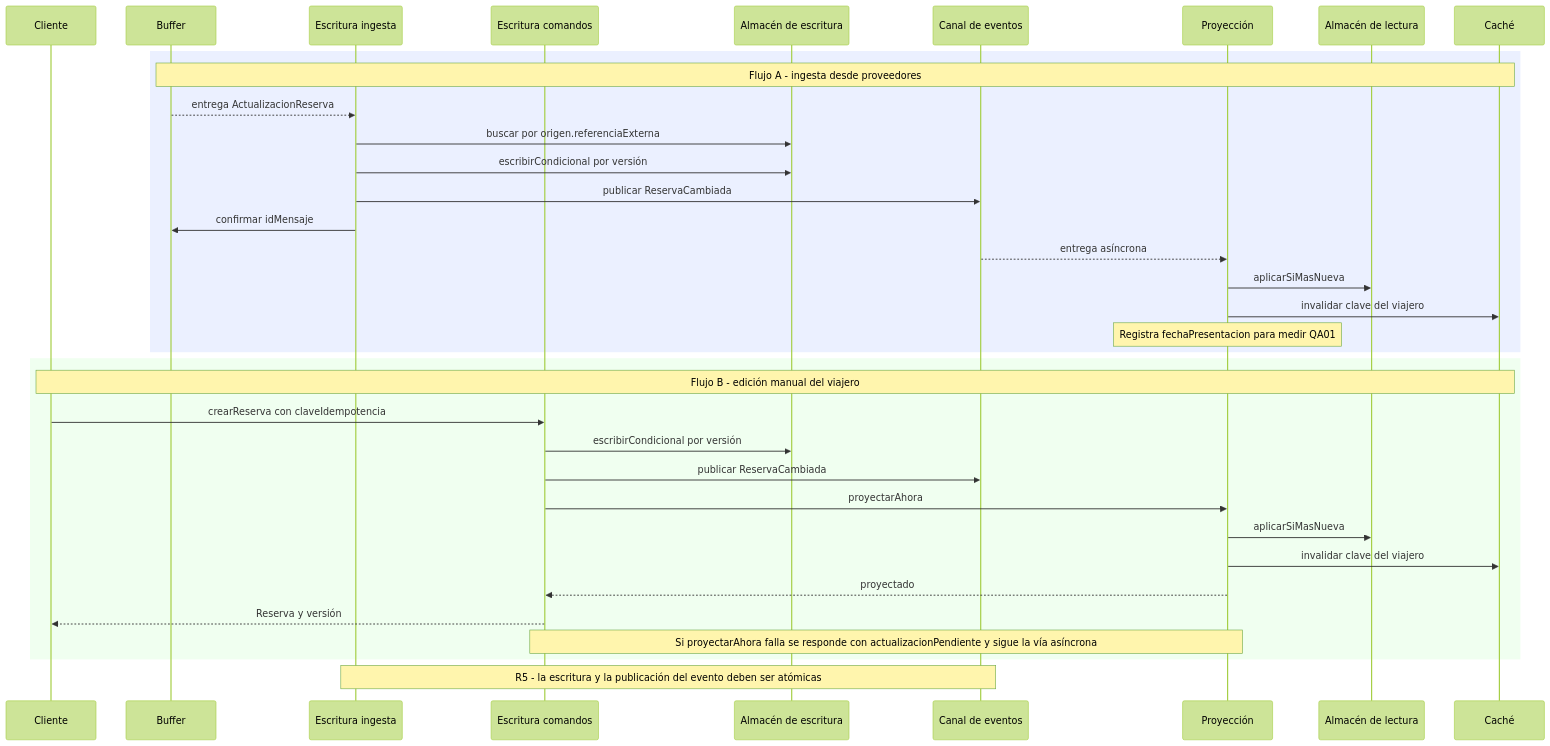
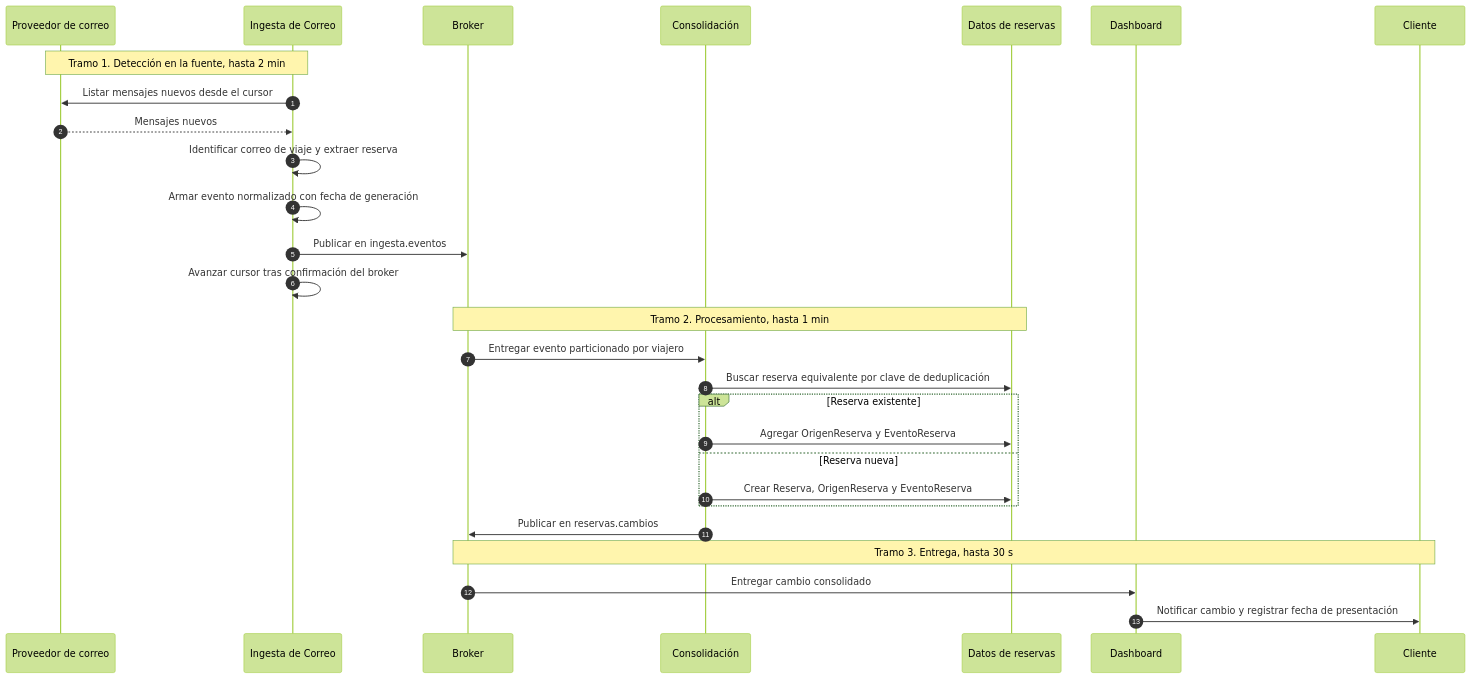
The third of 5 diagrams in docs/02-add/iteracion-2-llm.md (RubeKN/trotamundos), drawn with Mermaid (forest theme) before and after one commit. The commit also changed other lines of this file and 8 other files, not shown here.

````diff
--- a/docs/02-add/iteracion-2-llm.md
+++ b/docs/02-add/iteracion-2-llm.md
@@ -362,40 +343,33 @@
 ```mermaid
 sequenceDiagram
+    autonumber
+    participant PC as Proveedor de correo
+    participant IC as Ingesta de Correo
+    participant BR as Broker
+    participant CO as Consolidación
+    participant DR as Datos de reservas
+    participant DA as Dashboard
     participant CL as Cliente
-    participant BU as Buffer
-    participant WI as Escritura ingesta
-    participant WC as Escritura comandos
-    participant AE as Almacén de escritura
-    participant EV as Canal de eventos
-    participant PR as Proyección
-    participant AL as Almacén de lectura
-    participant CA as Caché
 
-    rect rgb(235, 240, 255)
-    Note over BU,CA: Flujo A - ingesta desde proveedores
-    BU-->>WI: entrega ActualizacionReserva
-    WI->>AE: buscar por origen.referenciaExterna
-    WI->>AE: escribirCondicional por versión
-    WI->>EV: publicar ReservaCambiada
-    WI->>BU: confirmar idMensaje
-    EV-->>PR: entrega asíncrona
-    PR->>AL: aplicarSiMasNueva
-    PR->>CA: invalidar clave del viajero
-    Note over PR: Registra fechaPresentacion para medir QA01
+    Note over PC,IC: Tramo 1. Detección en la fuente, hasta 2 min
+    IC->>PC: Listar mensajes nuevos desde el cursor
+    PC-->>IC: Mensajes nuevos
+    IC->>IC: Identificar correo de viaje y extraer reserva
+    IC->>IC: Armar evento normalizado con fecha de generación
+    IC->>BR: Publicar en ingesta.eventos
+    IC->>IC: Avanzar cursor tras confirmación del broker
+
+    Note over BR,DR: Tramo 2. Procesamiento, hasta 1 min
+    BR->>CO: Entregar evento particionado por viajero
+    CO->>DR: Buscar reserva equivalente por clave de deduplicación
+    alt Reserva existente
+        CO->>DR: Agregar OrigenReserva y EventoReserva
+    else Reserva nueva
+        CO->>DR: Crear Reserva, OrigenReserva y EventoReserva
     end
+    CO->>BR: Publicar en reservas.cambios
 
-    rect rgb(240, 255, 240)
-    Note over CL,CA: Flujo B - edición manual del viajero
-    CL->>WC: crearReserva con claveIdempotencia
-    WC->>AE: escribirCondicional por versión
-    WC->>EV: publicar ReservaCambiada
-    WC->>PR: proyectarAhora
-    PR->>AL: aplicarSiMasNueva
-    PR->>CA: invalidar clave del viajero
-    PR-->>WC: proyectado
-    WC-->>CL: Reserva y versión
-    Note over WC,PR: Si proyectarAhora falla se responde con actualizacionPendiente y sigue la vía asíncrona
-    end
-
-    Note over WI,EV: R5 - la escritura y la publicación del evento deben ser atómicas
+    Note over BR,CL: Tramo 3. Entrega, hasta 30 s
+    BR->>DA: Entregar cambio consolidado
+    DA->>CL: Notificar cambio y registrar fecha de presentación
 ```
````
